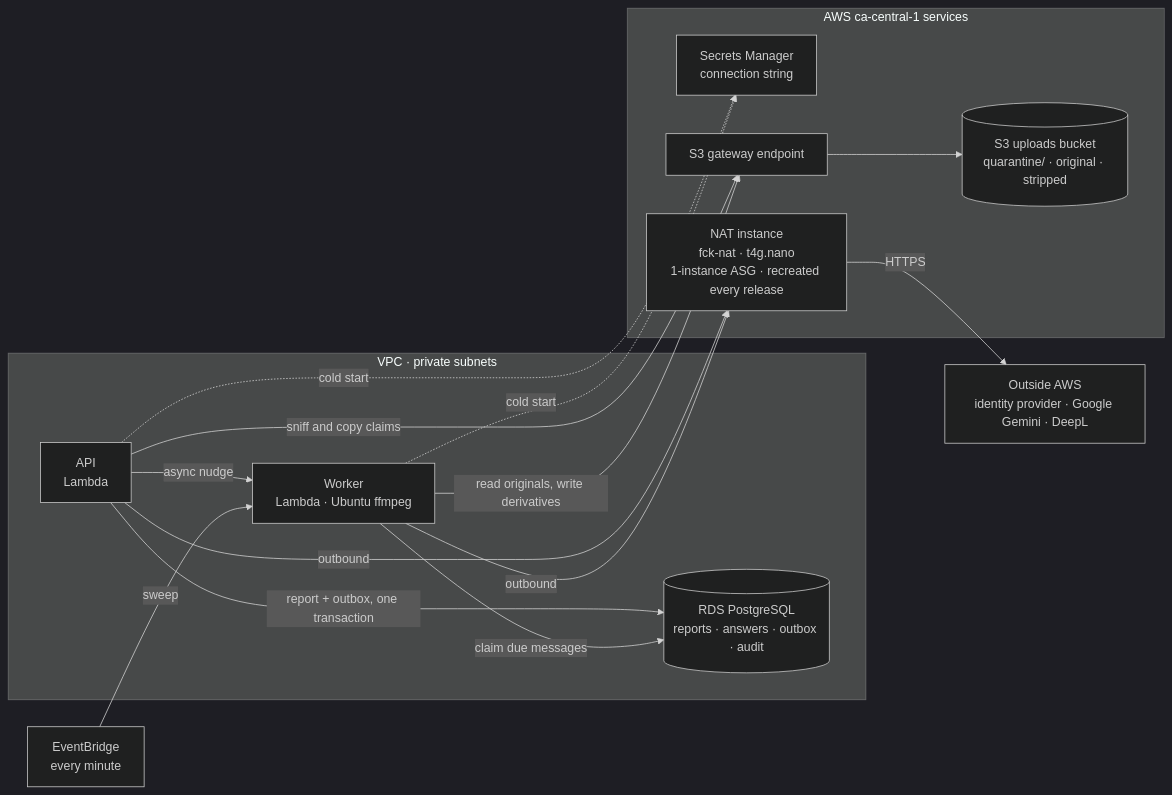
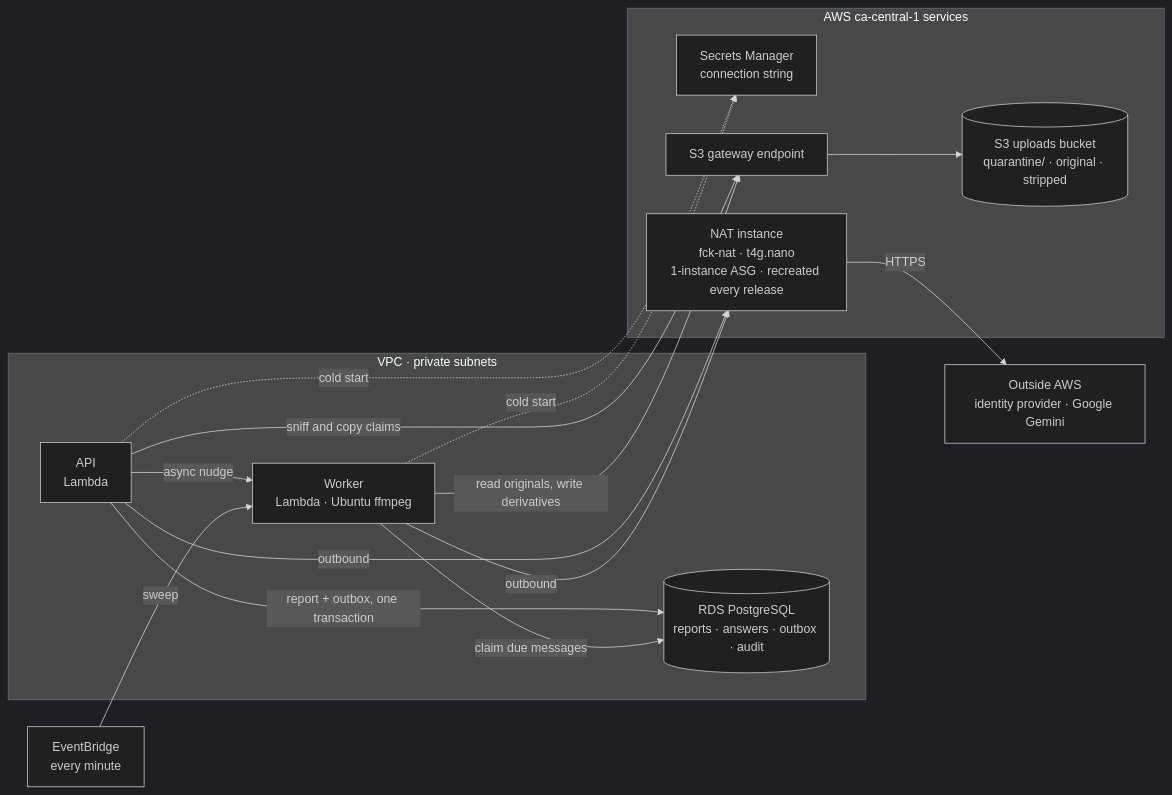
One commit to HPAC-Safety/safety-report changed the second of 3 diagrams in docs/infrastructure-and-operations.md. Above: the diagram before and after it, drawn with Mermaid (dark theme). The commit also changed other lines of this file and 88 other files, not shown here.

````diff
--- a/docs/infrastructure-and-operations.md
+++ b/docs/infrastructure-and-operations.md
@@ -69,32 +69,32 @@
 ```mermaid
 flowchart LR
     bridge["EventBridge<br/>every minute"]
 
     subgraph private["VPC · private subnets"]
         api["API<br/>Lambda"]
         worker["Worker<br/>Lambda · Ubuntu ffmpeg"]
         rds[("RDS PostgreSQL<br/>reports · answers · outbox · audit")]
     end
 
     subgraph aws["AWS ca-central-1 services"]
         secrets["Secrets Manager<br/>connection string"]
         s3ep["S3 gateway endpoint"]
         uploads[("S3 uploads bucket<br/>quarantine/ · original · stripped")]
         nat["NAT instance<br/>fck-nat · t4g.nano<br/>1-instance ASG · recreated every release"]
     end
 
-    outside["Outside AWS<br/>identity provider · Google Gemini · DeepL"]
+    outside["Outside AWS<br/>identity provider · Google Gemini"]
 
     api -->|"report + outbox, one transaction"| rds
     api -->|"async nudge"| worker
     bridge -->|"sweep"| worker
     worker -->|"claim due messages"| rds
     api -->|"sniff and copy claims"| s3ep
     worker -->|"read originals, write derivatives"| s3ep
     s3ep --> uploads
     api -.->|"cold start"| secrets
     worker -.->|"cold start"| secrets
     api -->|"outbound"| nat
     worker -->|"outbound"| nat
     nat -->|"HTTPS"| outside
 ```
````
